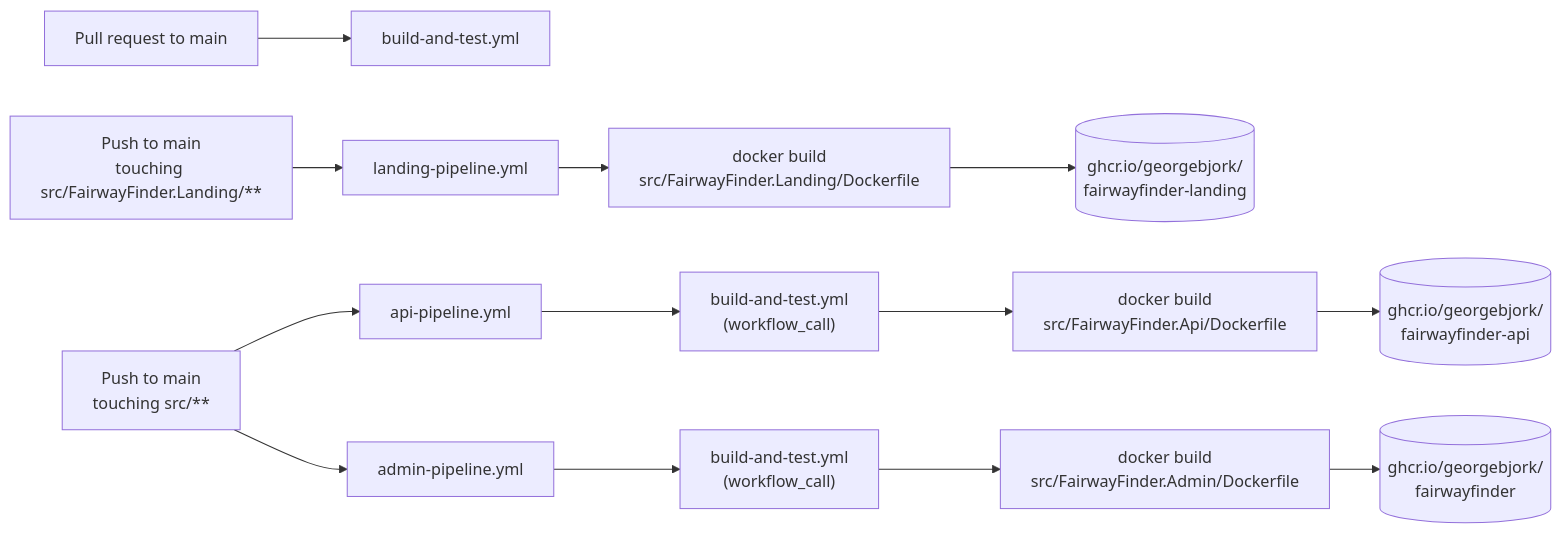
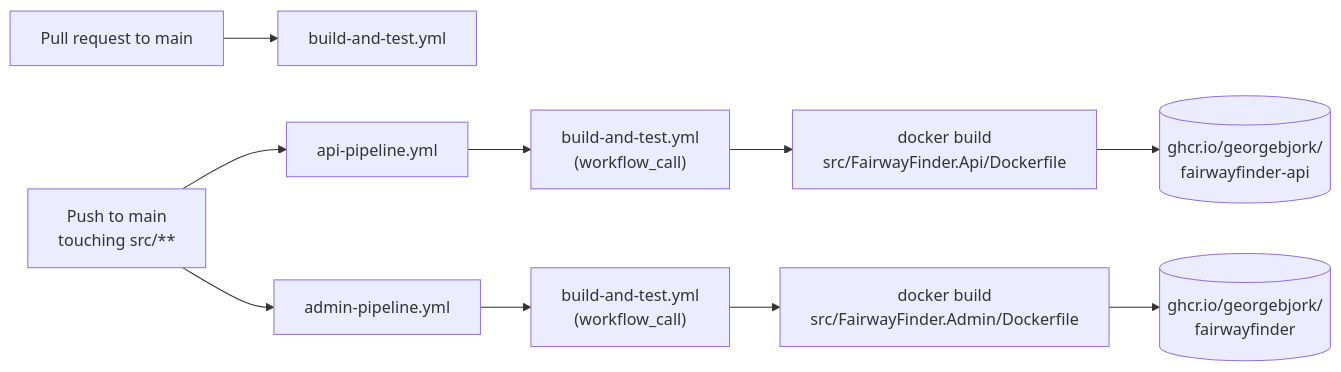
The diagram in docs/architecture/deployment.md (georgebjork/FairwayFinder), drawn with Mermaid before and after one commit. The commit also changed other lines of this file and 6 other files, not shown here.

````diff
--- a/docs/architecture/deployment.md
+++ b/docs/architecture/deployment.md
@@ -7,9 +7,8 @@
 ```mermaid
 flowchart LR
     pr["Pull request to main"] --> bt1["build-and-test.yml"]
     push["Push to main<br/>touching src/**"] --> api["api-pipeline.yml"]
     push --> admin["admin-pipeline.yml"]
-    pushl["Push to main<br/>touching src/FairwayFinder.Landing/**"] --> landing["landing-pipeline.yml"] --> landingimg["docker build<br/>src/FairwayFinder.Landing/Dockerfile"] --> ghcr3[("ghcr.io/georgebjork/<br/>fairwayfinder-landing")]
     api --> bt2["build-and-test.yml<br/>(workflow_call)"] --> apiimg["docker build<br/>src/FairwayFinder.Api/Dockerfile"] --> ghcr1[("ghcr.io/georgebjork/<br/>fairwayfinder-api")]
     admin --> bt3["build-and-test.yml<br/>(workflow_call)"] --> adminimg["docker build<br/>src/FairwayFinder.Admin/Dockerfile"] --> ghcr2[("ghcr.io/georgebjork/<br/>fairwayfinder")]
 ```
````
